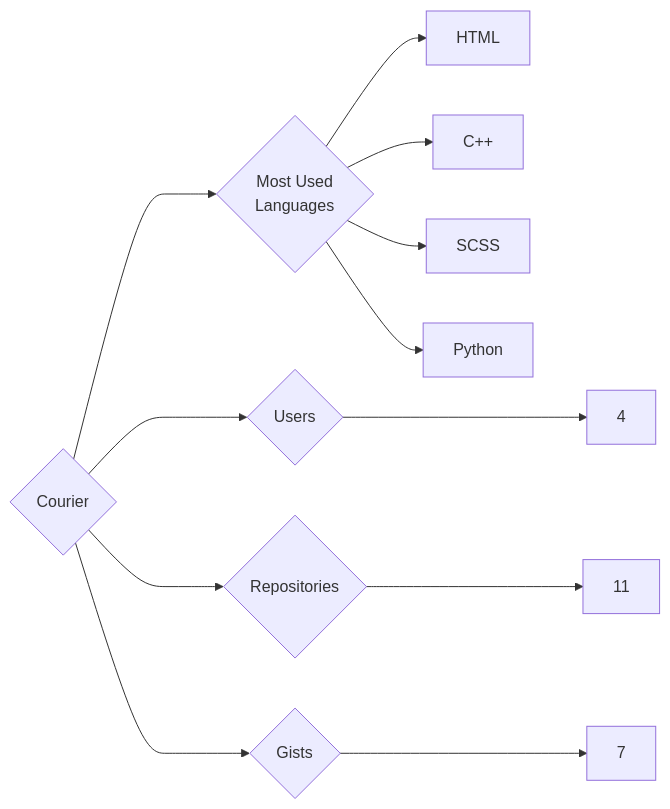
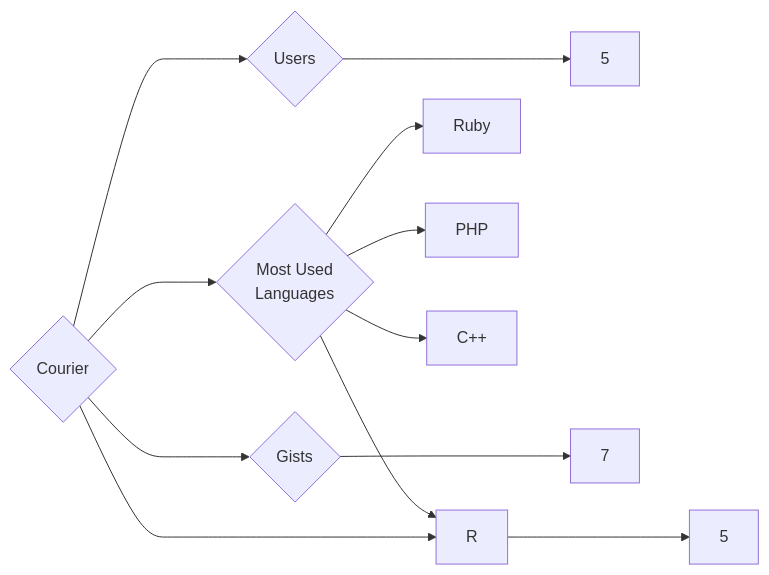
Before and after one commit to trickest/insiders: the diagram in targets/Courier/README.md, drawn with Mermaid. The commit also changed 865 other files, not shown here.

````diff
--- a/targets/Courier/README.md
+++ b/targets/Courier/README.md
@@ -3,12 +3,12 @@
 ```mermaid
 graph LR
 COMPANY_NAME{Courier}
-COMPANY_NAME ---> U{Users} ---> UN[4]
-COMPANY_NAME ---> R{Repositories} ---> RN[11]
+COMPANY_NAME ---> U{Users} ---> UN[5]
+COMPANY_NAME ---> R{Repositories} ---> RN[5]
 COMPANY_NAME ---> G{Gists} ---> GN[7]
 COMPANY_NAME ---> ML{Most Used<br>Languages}
-ML --> HTML[HTML]
+ML --> Ruby[Ruby]
+ML --> R[R]
+ML --> PHP[PHP]
 ML --> C++[C++]
-ML --> SCSS[SCSS]
-ML --> Python[Python]
 ```
````
